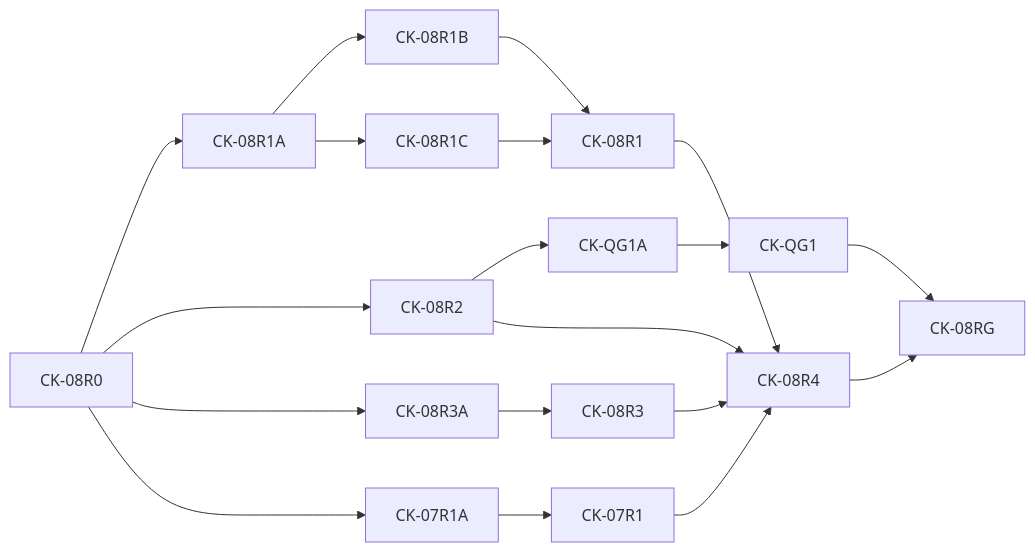
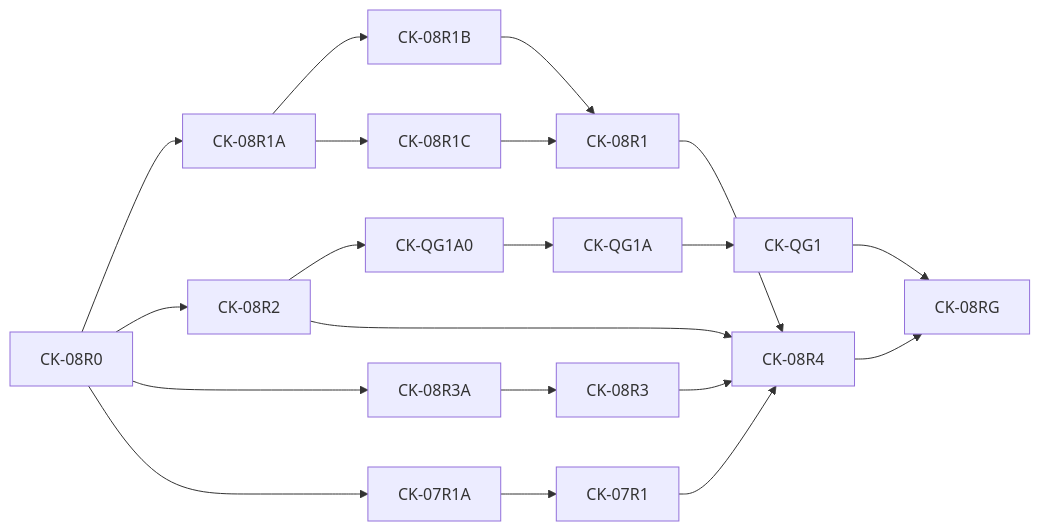
One commit to douglasmonsky/codex-usage-tracker changed the diagram in docs/roadmap/AGENT_FIRST_CLEAN_CUTOVER.md. Above: the diagram before and after it, drawn with Mermaid. The commit also changed other lines of this file and 14 other files, not shown here.

````diff
--- a/docs/roadmap/AGENT_FIRST_CLEAN_CUTOVER.md
+++ b/docs/roadmap/AGENT_FIRST_CLEAN_CUTOVER.md
@@ -60,21 +60,22 @@
 ```mermaid
 flowchart LR
  R0[CK-08R0] --> R1A[CK-08R1A]
  R1A --> R1B[CK-08R1B]
  R1A --> R1C[CK-08R1C]
  R1B --> R1[CK-08R1]
  R1C --> R1
  R0 --> R2[CK-08R2]
- R2 --> QGA[CK-QG1A]
+ R2 --> QGA0[CK-QG1A0]
+ QGA0 --> QGA[CK-QG1A]
  QGA --> QG[CK-QG1]
  R0 --> R3A[CK-08R3A]
  R3A --> R3[CK-08R3]
  R0 --> R7A[CK-07R1A]
  R7A --> R7[CK-07R1]
  R1 --> R4[CK-08R4]
  R2 --> R4
  R3 --> R4
  R7 --> R4
  R4 --> RG[CK-08RG]
  QG --> RG
 ```
````
